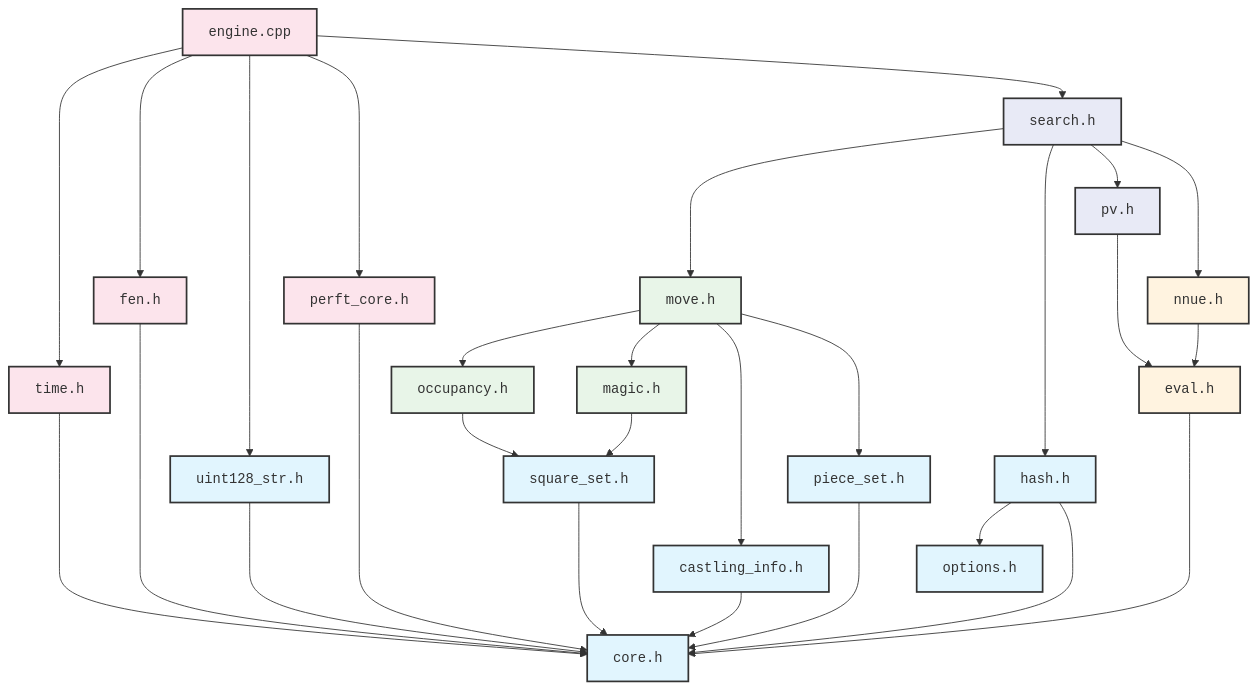
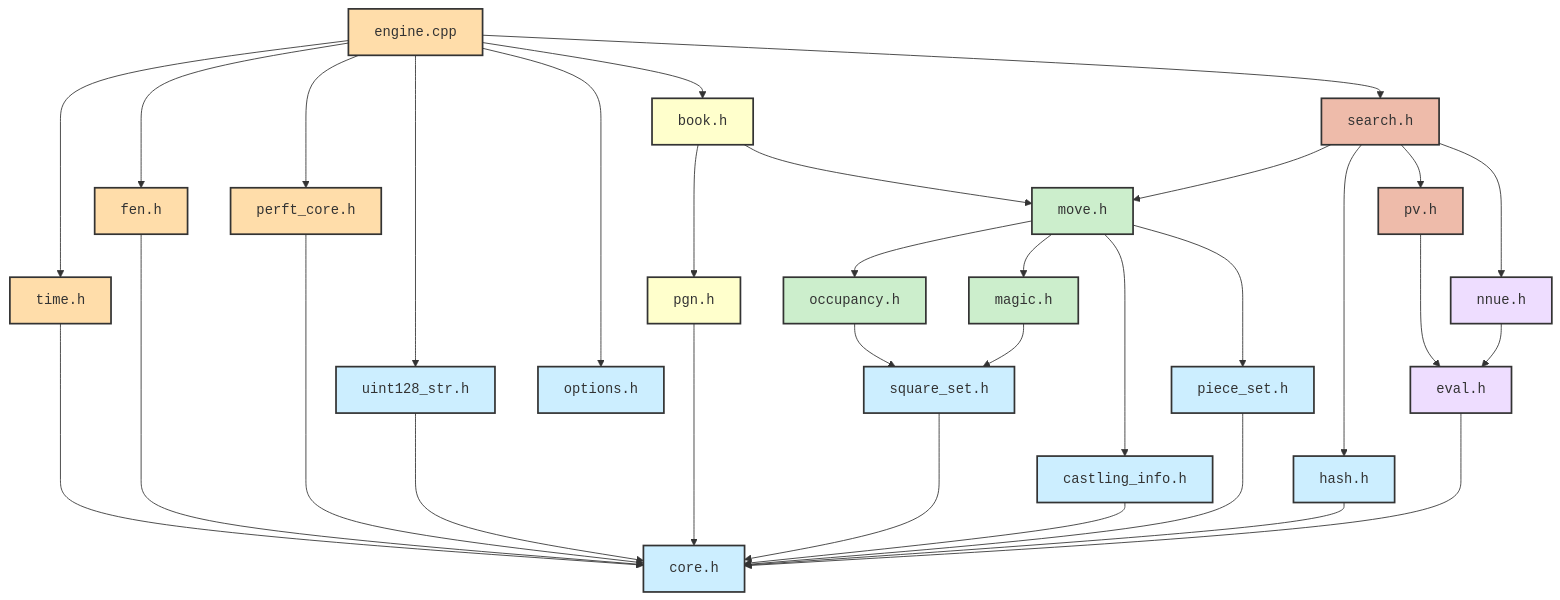
One commit to GeertBosch/gbchess changed the second of 2 diagrams in src/README.md. Above: the diagram before and after it, drawn with Mermaid. The commit also changed other lines of this file and 10 other files, not shown here.

````diff
--- a/src/README.md
+++ b/src/README.md
@@ -62,84 +67,87 @@
 graph TD
 
     %% Core module - foundational types
-    C[core.h]
-        CI[castling_info.h]
-        PS[piece_set.h]
-        O[options.h]
-        CU[uint128_str.h]
+    Core[core.h]
+        CastlingInfo[castling_info.h]
+        PieceSet[piece_set.h]
+        Options[options.h]
+        Uint128[uint128_str.h]
+        SquareSet[square_set.h]
+        Hash[hash.h]
 
     %% UCI Engine
-    U[engine.cpp]
+    Engine[engine.cpp]
+        FEN[fen.h]
+        PerftCore[perft_core.h]
+        Book[book.h]
+        PGN[pgn.h]
 
     %% Eval module - position evaluation
-    E[eval.h]
-        EN[nnue.h]
-
-    %% FEN module - Forsyth-Edwards notation
-    F[fen.h]
-
-    %% Hash module - Zobrist hashing
-    H[hash.h]
+    Eval[eval.h]
+        NNUE[nnue.h]
 
     %% Move module - Move generation
-    M[move.h]
+    Move[move.h]
         %% Move Magic module - Sliding move generation
-        MM[magic.h]
-    MO[occupancy.h]
+        MoveMagic[magic.h]
+        Occupancy[occupancy.h]
 
-    %% Perft module - move generator testing
-    PC[perft_core.h]
 
     %% Search module
     PV[pv.h]
-    S[search.h]
+    Search[search.h]
 
-    SS[square_set.h]
-
-    T[time.h]
+    Time[time.h]
 
     %% The following are include dependencies between the above modules.
     %% The order is chosen to be able to render a planar graph, without crossing edges.
     %% Transitive dependencies are generally omitted for the graph.
-    U --> T
-    T ----> C
-    U --> F
-    U --> S
-    U --> PC
-    F -----> C
-    S --> M
-    U ----> CU
-    CU ---> C
-    PC -----> C
-    M --> MO
-    MO --> SS
-    M --> MM
-    SS --> C
-    S --> EN
-    S --> H
-    S --> PV
-    PV ---> E
-    EN --> E
-    M --> CI
-    M ---> PS
-    MM --> SS
-    CI --> C
-    PS ---> C
-    H --> O
-    O ~~~ C
-    H --> C
-    E ----> C
+    Engine --> Time
+    Time ----> Core
+
+    Book --> Move
+    Engine --> Book
+    Engine --> FEN
+    Engine --> Search
+    Engine --> PerftCore
+    FEN -----> Core
+    Search --> Move
+    PerftCore -----> Core
+    Engine ----> Uint128
+    Uint128 ---> Core
+    Engine --> Options
+    Options ~~~~ Core
+    PGN ----> Core
+    Move --> Occupancy
+    Book --> PGN
+    Occupancy --> SquareSet
+    Move --> MoveMagic
+    SquareSet --> Core
+    Search --> NNUE
+    Search --> Hash
+    Search --> PV
+    PV ---> Eval
+    NNUE --> Eval
+    Move --> CastlingInfo
+    Move ---> PieceSet
+    MoveMagic --> SquareSet
+    CastlingInfo --> Core
+    PieceSet ---> Core
+    Hash --> Core
+    Eval ---> Core
 
     %% Styling
-    classDef core fill:#e1f5fe,stroke:#333,stroke-width:2px,font-family:monospace
-    classDef move fill:#e8f5e8,stroke:#333,stroke-width:2px,font-family:monospace
-    classDef eval fill:#fff3e0,stroke:#333,stroke-width:2px,font-family:monospace
-    classDef engine fill:#fce4ec,stroke:#333,stroke-width:2px,font-family:monospace
-    classDef search fill:#e8eaf6,stroke:#333,stroke-width:2px,font-family:monospace
+    classDef engine fill:#fda,stroke:#333,stroke-width:2px,font-family:monospace
+    classDef book fill:#ffc,stroke:#333,stroke-width:2px,font-family:monospace
+    classDef move fill:#cec,stroke:#333,stroke-width:2px,font-family:monospace
+    classDef search fill:#eba,stroke:#333,stroke-width:2px,font-family:monospace
+    classDef eval fill:#edf,stroke:#333,stroke-width:2px,font-family:monospace
+    classDef core fill:#cef,stroke:#333,stroke-width:2px,font-family:monospace
 
-    class C,PS,CI,SS,H,O,CU core
-    class MM,MO,M move
-    class E,EN eval
-    class S,PV search
-    class F,U,PC,T engine
+    class FEN,Engine,PerftCore,Time engine
+    class Book,PGN book
+    class MoveMagic,Occupancy,Move move
+    class Search,PV search
+    class Eval,NNUE eval
+    class Core,PieceSet,CastlingInfo,SquareSet,Hash,Options,Uint128 core
 ```
````
